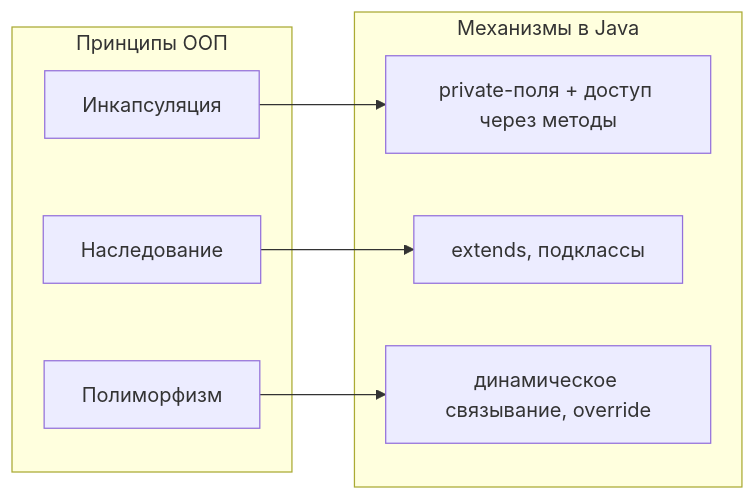
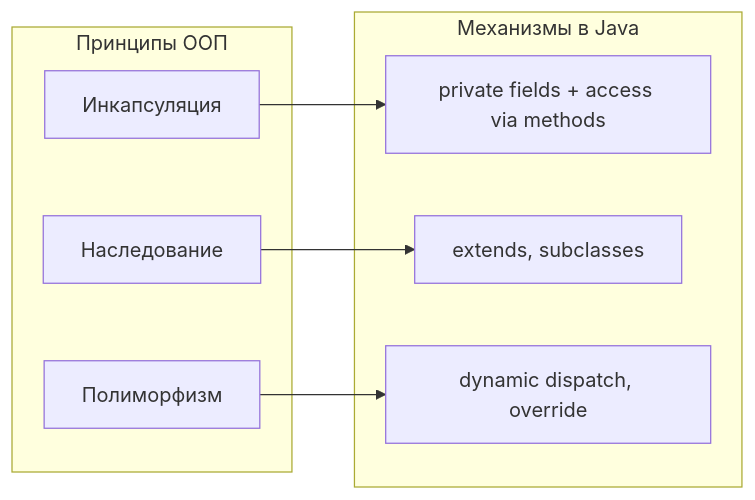
One commit to ModernProgrammingTech2026/mpt-lab-02-starter changed the first of 10 diagrams in oop-types-and-design-ru.md. Above: the diagram before and after it, drawn with Mermaid. The commit also changed other lines of this file, not shown here.

````diff
--- a/oop-types-and-design-ru.md
+++ b/oop-types-and-design-ru.md
@@ -11,16 +11,16 @@
 ```mermaid
 flowchart LR
     subgraph principles [Принципы ООП]
         E[Инкапсуляция]
         I[Наследование]
         P[Полиморфизм]
     end
     subgraph mechanisms [Механизмы в Java]
-        E1["private-поля + доступ через методы"]
-        I1["extends, подклассы"]
-        P1["динамическое связывание, override"]
+        E1["private fields + access via methods"]
+        I1["extends, subclasses"]
+        P1["dynamic dispatch, override"]
     end
     E --> E1
     I --> I1
     P --> P1
 ```
````
